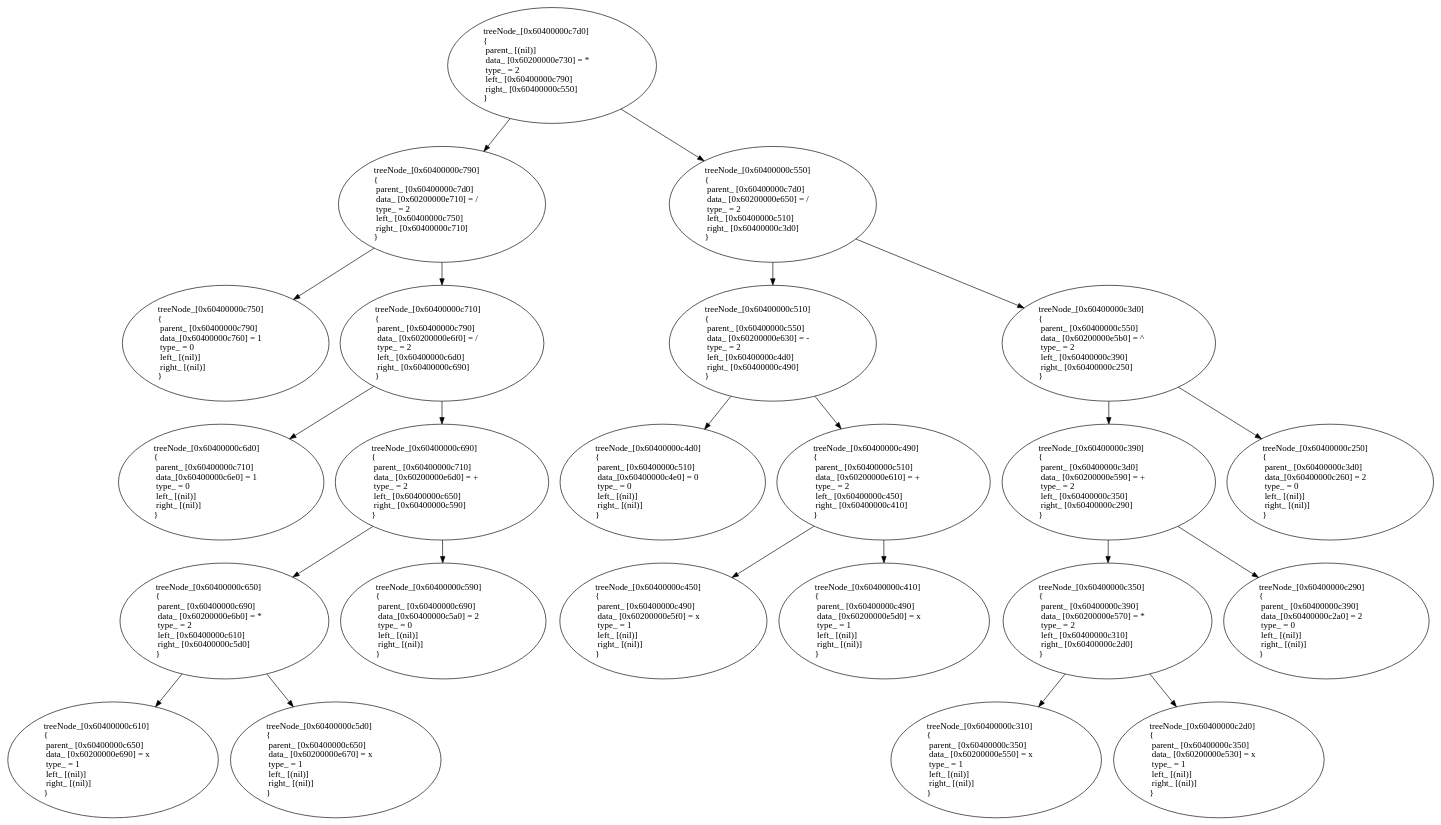
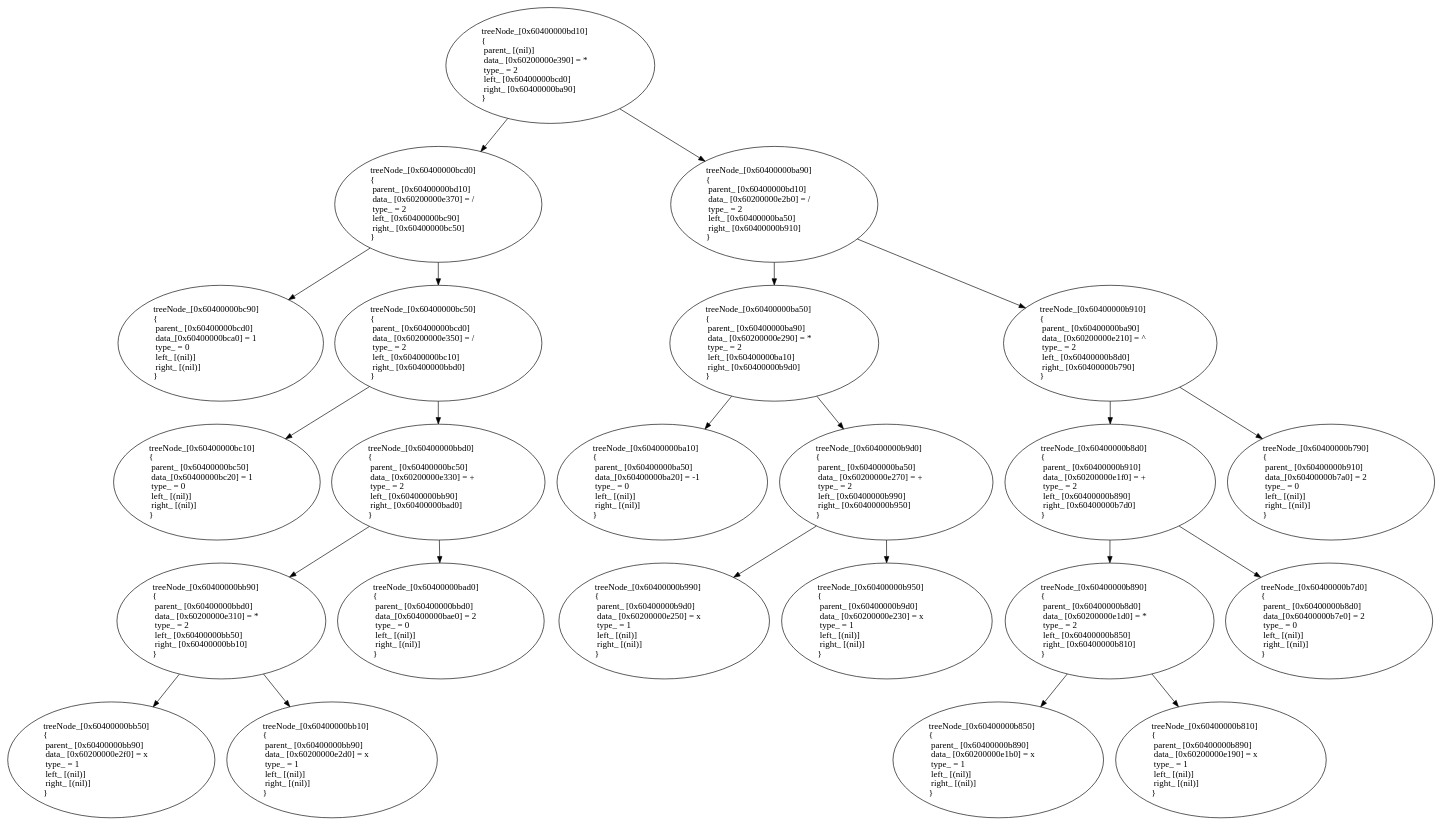
One commit to inedostoev/diff changed the diagram in output/Dot/dumpFile.gv. Above: the diagram before and after it, drawn with Graphviz. The commit also changed 4 other files, not shown here.

```diff
--- a/output/Dot/dumpFile.gv
+++ b/output/Dot/dumpFile.gv
@@ -1,47 +1,47 @@
 digraph graf {
-treeNode_0x60400000c7d0 [label="treeNode_[0x60400000c7d0]\l{\l  parent_ [(nil)]\l  data_ [0x60200000e730] = *\l  type_ = 2\l  left_ [0x60400000c790]\l  right_ [0x60400000c550]\l}\l"]
-treeNode_0x60400000c7d0->treeNode_0x60400000c790
-treeNode_0x60400000c790 [label="treeNode_[0x60400000c790]\l{\l  parent_ [0x60400000c7d0]\l  data_ [0x60200000e710] = /\l  type_ = 2\l  left_ [0x60400000c750]\l  right_ [0x60400000c710]\l}\l"]
-treeNode_0x60400000c790->treeNode_0x60400000c750
-treeNode_0x60400000c750 [label="treeNode_[0x60400000c750]\l{\l  parent_ [0x60400000c790]\l  data_[0x60400000c760] = 1\l  type_ = 0\l  left_ [(nil)]\l  right_ [(nil)]\l}\l"]
-treeNode_0x60400000c790->treeNode_0x60400000c710
-treeNode_0x60400000c710 [label="treeNode_[0x60400000c710]\l{\l  parent_ [0x60400000c790]\l  data_ [0x60200000e6f0] = /\l  type_ = 2\l  left_ [0x60400000c6d0]\l  right_ [0x60400000c690]\l}\l"]
-treeNode_0x60400000c710->treeNode_0x60400000c6d0
-treeNode_0x60400000c6d0 [label="treeNode_[0x60400000c6d0]\l{\l  parent_ [0x60400000c710]\l  data_[0x60400000c6e0] = 1\l  type_ = 0\l  left_ [(nil)]\l  right_ [(nil)]\l}\l"]
-treeNode_0x60400000c710->treeNode_0x60400000c690
-treeNode_0x60400000c690 [label="treeNode_[0x60400000c690]\l{\l  parent_ [0x60400000c710]\l  data_ [0x60200000e6d0] = +\l  type_ = 2\l  left_ [0x60400000c650]\l  right_ [0x60400000c590]\l}\l"]
-treeNode_0x60400000c690->treeNode_0x60400000c650
-treeNode_0x60400000c650 [label="treeNode_[0x60400000c650]\l{\l  parent_ [0x60400000c690]\l  data_ [0x60200000e6b0] = *\l  type_ = 2\l  left_ [0x60400000c610]\l  right_ [0x60400000c5d0]\l}\l"]
-treeNode_0x60400000c650->treeNode_0x60400000c610
-treeNode_0x60400000c610 [label="treeNode_[0x60400000c610]\l{\l  parent_ [0x60400000c650]\l  data_ [0x60200000e690] = x\l  type_ = 1\l  left_ [(nil)]\l  right_ [(nil)]\l}\l"]
-treeNode_0x60400000c650->treeNode_0x60400000c5d0
-treeNode_0x60400000c5d0 [label="treeNode_[0x60400000c5d0]\l{\l  parent_ [0x60400000c650]\l  data_ [0x60200000e670] = x\l  type_ = 1\l  left_ [(nil)]\l  right_ [(nil)]\l}\l"]
-treeNode_0x60400000c690->treeNode_0x60400000c590
-treeNode_0x60400000c590 [label="treeNode_[0x60400000c590]\l{\l  parent_ [0x60400000c690]\l  data_[0x60400000c5a0] = 2\l  type_ = 0\l  left_ [(nil)]\l  right_ [(nil)]\l}\l"]
-treeNode_0x60400000c7d0->treeNode_0x60400000c550
-treeNode_0x60400000c550 [label="treeNode_[0x60400000c550]\l{\l  parent_ [0x60400000c7d0]\l  data_ [0x60200000e650] = /\l  type_ = 2\l  left_ [0x60400000c510]\l  right_ [0x60400000c3d0]\l}\l"]
-treeNode_0x60400000c550->treeNode_0x60400000c510
-treeNode_0x60400000c510 [label="treeNode_[0x60400000c510]\l{\l  parent_ [0x60400000c550]\l  data_ [0x60200000e630] = -\l  type_ = 2\l  left_ [0x60400000c4d0]\l  right_ [0x60400000c490]\l}\l"]
-treeNode_0x60400000c510->treeNode_0x60400000c4d0
-treeNode_0x60400000c4d0 [label="treeNode_[0x60400000c4d0]\l{\l  parent_ [0x60400000c510]\l  data_[0x60400000c4e0] = 0\l  type_ = 0\l  left_ [(nil)]\l  right_ [(nil)]\l}\l"]
-treeNode_0x60400000c510->treeNode_0x60400000c490
-treeNode_0x60400000c490 [label="treeNode_[0x60400000c490]\l{\l  parent_ [0x60400000c510]\l  data_ [0x60200000e610] = +\l  type_ = 2\l  left_ [0x60400000c450]\l  right_ [0x60400000c410]\l}\l"]
-treeNode_0x60400000c490->treeNode_0x60400000c450
-treeNode_0x60400000c450 [label="treeNode_[0x60400000c450]\l{\l  parent_ [0x60400000c490]\l  data_ [0x60200000e5f0] = x\l  type_ = 1\l  left_ [(nil)]\l  right_ [(nil)]\l}\l"]
-treeNode_0x60400000c490->treeNode_0x60400000c410
-treeNode_0x60400000c410 [label="treeNode_[0x60400000c410]\l{\l  parent_ [0x60400000c490]\l  data_ [0x60200000e5d0] = x\l  type_ = 1\l  left_ [(nil)]\l  right_ [(nil)]\l}\l"]
-treeNode_0x60400000c550->treeNode_0x60400000c3d0
-treeNode_0x60400000c3d0 [label="treeNode_[0x60400000c3d0]\l{\l  parent_ [0x60400000c550]\l  data_ [0x60200000e5b0] = ^\l  type_ = 2\l  left_ [0x60400000c390]\l  right_ [0x60400000c250]\l}\l"]
-treeNode_0x60400000c3d0->treeNode_0x60400000c390
-treeNode_0x60400000c390 [label="treeNode_[0x60400000c390]\l{\l  parent_ [0x60400000c3d0]\l  data_ [0x60200000e590] = +\l  type_ = 2\l  left_ [0x60400000c350]\l  right_ [0x60400000c290]\l}\l"]
-treeNode_0x60400000c390->treeNode_0x60400000c350
-treeNode_0x60400000c350 [label="treeNode_[0x60400000c350]\l{\l  parent_ [0x60400000c390]\l  data_ [0x60200000e570] = *\l  type_ = 2\l  left_ [0x60400000c310]\l  right_ [0x60400000c2d0]\l}\l"]
-treeNode_0x60400000c350->treeNode_0x60400000c310
-treeNode_0x60400000c310 [label="treeNode_[0x60400000c310]\l{\l  parent_ [0x60400000c350]\l  data_ [0x60200000e550] = x\l  type_ = 1\l  left_ [(nil)]\l  right_ [(nil)]\l}\l"]
-treeNode_0x60400000c350->treeNode_0x60400000c2d0
-treeNode_0x60400000c2d0 [label="treeNode_[0x60400000c2d0]\l{\l  parent_ [0x60400000c350]\l  data_ [0x60200000e530] = x\l  type_ = 1\l  left_ [(nil)]\l  right_ [(nil)]\l}\l"]
-treeNode_0x60400000c390->treeNode_0x60400000c290
-treeNode_0x60400000c290 [label="treeNode_[0x60400000c290]\l{\l  parent_ [0x60400000c390]\l  data_[0x60400000c2a0] = 2\l  type_ = 0\l  left_ [(nil)]\l  right_ [(nil)]\l}\l"]
-treeNode_0x60400000c3d0->treeNode_0x60400000c250
-treeNode_0x60400000c250 [label="treeNode_[0x60400000c250]\l{\l  parent_ [0x60400000c3d0]\l  data_[0x60400000c260] = 2\l  type_ = 0\l  left_ [(nil)]\l  right_ [(nil)]\l}\l"]
+treeNode_0x60400000bd10 [label="treeNode_[0x60400000bd10]\l{\l  parent_ [(nil)]\l  data_ [0x60200000e390] = *\l  type_ = 2\l  left_ [0x60400000bcd0]\l  right_ [0x60400000ba90]\l}\l"]
+treeNode_0x60400000bd10->treeNode_0x60400000bcd0
+treeNode_0x60400000bcd0 [label="treeNode_[0x60400000bcd0]\l{\l  parent_ [0x60400000bd10]\l  data_ [0x60200000e370] = /\l  type_ = 2\l  left_ [0x60400000bc90]\l  right_ [0x60400000bc50]\l}\l"]
+treeNode_0x60400000bcd0->treeNode_0x60400000bc90
+treeNode_0x60400000bc90 [label="treeNode_[0x60400000bc90]\l{\l  parent_ [0x60400000bcd0]\l  data_[0x60400000bca0] = 1\l  type_ = 0\l  left_ [(nil)]\l  right_ [(nil)]\l}\l"]
+treeNode_0x60400000bcd0->treeNode_0x60400000bc50
+treeNode_0x60400000bc50 [label="treeNode_[0x60400000bc50]\l{\l  parent_ [0x60400000bcd0]\l  data_ [0x60200000e350] = /\l  type_ = 2\l  left_ [0x60400000bc10]\l  right_ [0x60400000bbd0]\l}\l"]
+treeNode_0x60400000bc50->treeNode_0x60400000bc10
+treeNode_0x60400000bc10 [label="treeNode_[0x60400000bc10]\l{\l  parent_ [0x60400000bc50]\l  data_[0x60400000bc20] = 1\l  type_ = 0\l  left_ [(nil)]\l  right_ [(nil)]\l}\l"]
+treeNode_0x60400000bc50->treeNode_0x60400000bbd0
+treeNode_0x60400000bbd0 [label="treeNode_[0x60400000bbd0]\l{\l  parent_ [0x60400000bc50]\l  data_ [0x60200000e330] = +\l  type_ = 2\l  left_ [0x60400000bb90]\l  right_ [0x60400000bad0]\l}\l"]
+treeNode_0x60400000bbd0->treeNode_0x60400000bb90
+treeNode_0x60400000bb90 [label="treeNode_[0x60400000bb90]\l{\l  parent_ [0x60400000bbd0]\l  data_ [0x60200000e310] = *\l  type_ = 2\l  left_ [0x60400000bb50]\l  right_ [0x60400000bb10]\l}\l"]
+treeNode_0x60400000bb90->treeNode_0x60400000bb50
+treeNode_0x60400000bb50 [label="treeNode_[0x60400000bb50]\l{\l  parent_ [0x60400000bb90]\l  data_ [0x60200000e2f0] = x\l  type_ = 1\l  left_ [(nil)]\l  right_ [(nil)]\l}\l"]
+treeNode_0x60400000bb90->treeNode_0x60400000bb10
+treeNode_0x60400000bb10 [label="treeNode_[0x60400000bb10]\l{\l  parent_ [0x60400000bb90]\l  data_ [0x60200000e2d0] = x\l  type_ = 1\l  left_ [(nil)]\l  right_ [(nil)]\l}\l"]
+treeNode_0x60400000bbd0->treeNode_0x60400000bad0
+treeNode_0x60400000bad0 [label="treeNode_[0x60400000bad0]\l{\l  parent_ [0x60400000bbd0]\l  data_[0x60400000bae0] = 2\l  type_ = 0\l  left_ [(nil)]\l  right_ [(nil)]\l}\l"]
+treeNode_0x60400000bd10->treeNode_0x60400000ba90
+treeNode_0x60400000ba90 [label="treeNode_[0x60400000ba90]\l{\l  parent_ [0x60400000bd10]\l  data_ [0x60200000e2b0] = /\l  type_ = 2\l  left_ [0x60400000ba50]\l  right_ [0x60400000b910]\l}\l"]
+treeNode_0x60400000ba90->treeNode_0x60400000ba50
+treeNode_0x60400000ba50 [label="treeNode_[0x60400000ba50]\l{\l  parent_ [0x60400000ba90]\l  data_ [0x60200000e290] = *\l  type_ = 2\l  left_ [0x60400000ba10]\l  right_ [0x60400000b9d0]\l}\l"]
+treeNode_0x60400000ba50->treeNode_0x60400000ba10
+treeNode_0x60400000ba10 [label="treeNode_[0x60400000ba10]\l{\l  parent_ [0x60400000ba50]\l  data_[0x60400000ba20] = -1\l  type_ = 0\l  left_ [(nil)]\l  right_ [(nil)]\l}\l"]
+treeNode_0x60400000ba50->treeNode_0x60400000b9d0
+treeNode_0x60400000b9d0 [label="treeNode_[0x60400000b9d0]\l{\l  parent_ [0x60400000ba50]\l  data_ [0x60200000e270] = +\l  type_ = 2\l  left_ [0x60400000b990]\l  right_ [0x60400000b950]\l}\l"]
+treeNode_0x60400000b9d0->treeNode_0x60400000b990
+treeNode_0x60400000b990 [label="treeNode_[0x60400000b990]\l{\l  parent_ [0x60400000b9d0]\l  data_ [0x60200000e250] = x\l  type_ = 1\l  left_ [(nil)]\l  right_ [(nil)]\l}\l"]
+treeNode_0x60400000b9d0->treeNode_0x60400000b950
+treeNode_0x60400000b950 [label="treeNode_[0x60400000b950]\l{\l  parent_ [0x60400000b9d0]\l  data_ [0x60200000e230] = x\l  type_ = 1\l  left_ [(nil)]\l  right_ [(nil)]\l}\l"]
+treeNode_0x60400000ba90->treeNode_0x60400000b910
+treeNode_0x60400000b910 [label="treeNode_[0x60400000b910]\l{\l  parent_ [0x60400000ba90]\l  data_ [0x60200000e210] = ^\l  type_ = 2\l  left_ [0x60400000b8d0]\l  right_ [0x60400000b790]\l}\l"]
+treeNode_0x60400000b910->treeNode_0x60400000b8d0
+treeNode_0x60400000b8d0 [label="treeNode_[0x60400000b8d0]\l{\l  parent_ [0x60400000b910]\l  data_ [0x60200000e1f0] = +\l  type_ = 2\l  left_ [0x60400000b890]\l  right_ [0x60400000b7d0]\l}\l"]
+treeNode_0x60400000b8d0->treeNode_0x60400000b890
+treeNode_0x60400000b890 [label="treeNode_[0x60400000b890]\l{\l  parent_ [0x60400000b8d0]\l  data_ [0x60200000e1d0] = *\l  type_ = 2\l  left_ [0x60400000b850]\l  right_ [0x60400000b810]\l}\l"]
+treeNode_0x60400000b890->treeNode_0x60400000b850
+treeNode_0x60400000b850 [label="treeNode_[0x60400000b850]\l{\l  parent_ [0x60400000b890]\l  data_ [0x60200000e1b0] = x\l  type_ = 1\l  left_ [(nil)]\l  right_ [(nil)]\l}\l"]
+treeNode_0x60400000b890->treeNode_0x60400000b810
+treeNode_0x60400000b810 [label="treeNode_[0x60400000b810]\l{\l  parent_ [0x60400000b890]\l  data_ [0x60200000e190] = x\l  type_ = 1\l  left_ [(nil)]\l  right_ [(nil)]\l}\l"]
+treeNode_0x60400000b8d0->treeNode_0x60400000b7d0
+treeNode_0x60400000b7d0 [label="treeNode_[0x60400000b7d0]\l{\l  parent_ [0x60400000b8d0]\l  data_[0x60400000b7e0] = 2\l  type_ = 0\l  left_ [(nil)]\l  right_ [(nil)]\l}\l"]
+treeNode_0x60400000b910->treeNode_0x60400000b790
+treeNode_0x60400000b790 [label="treeNode_[0x60400000b790]\l{\l  parent_ [0x60400000b910]\l  data_[0x60400000b7a0] = 2\l  type_ = 0\l  left_ [(nil)]\l  right_ [(nil)]\l}\l"]
 }
```
